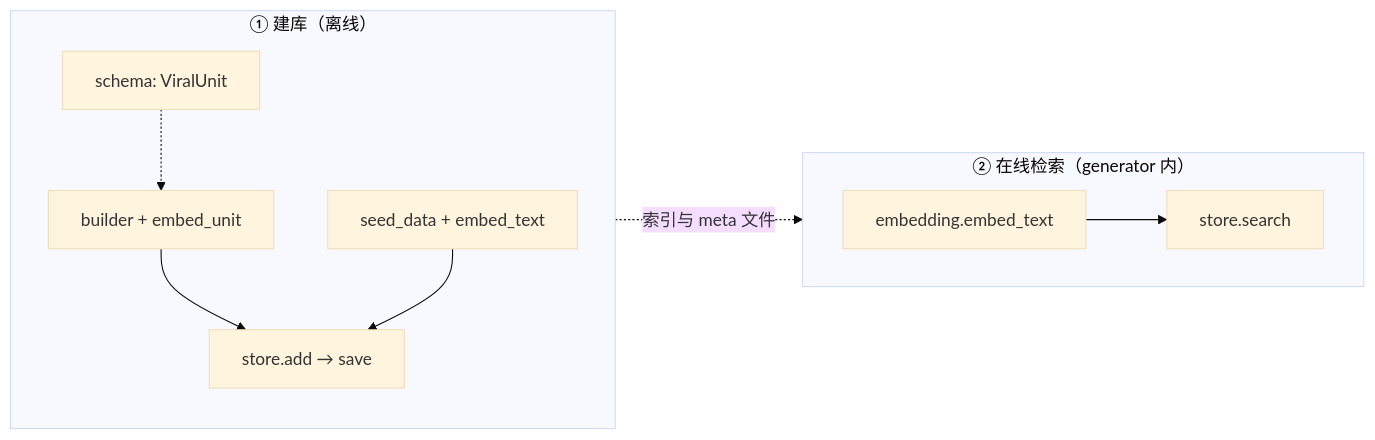
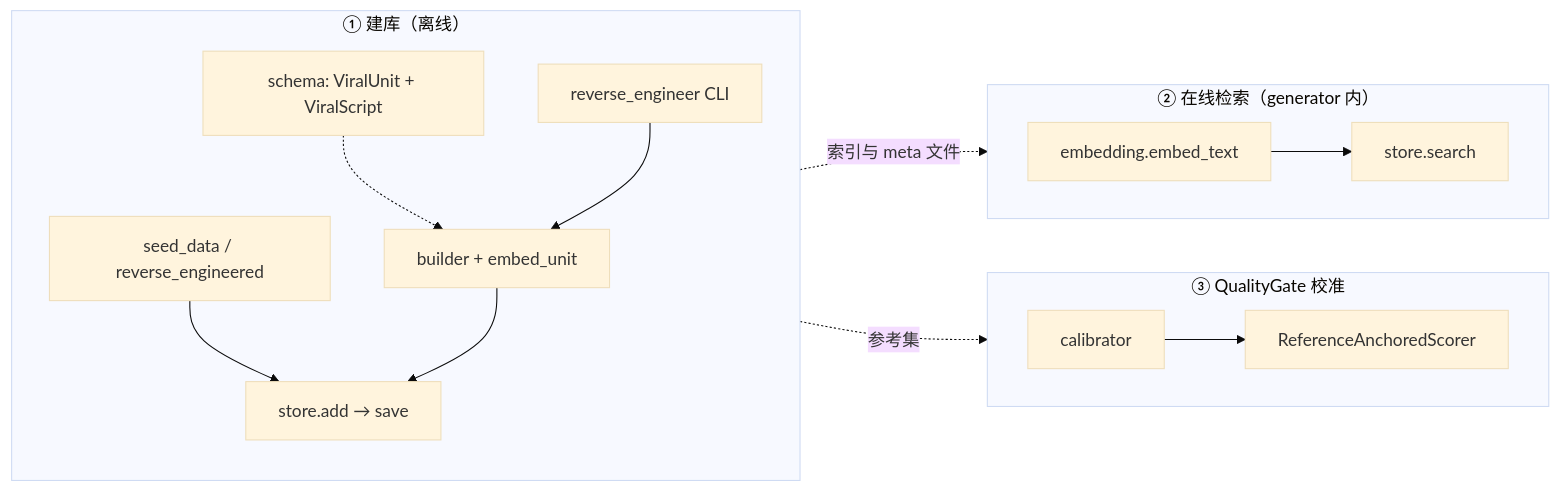
Before and after one commit to ArlesZhang/FlowBeast-Agent: the third of 3 diagrams in FlowBeast/README.md, drawn with Mermaid (base theme). The commit also changed other lines of this file and 1 other file, not shown here.

First line of the commit message:
docs: update CLAUDE.md and README.md for 1→0 reverse deconstruction engine

````diff
--- a/FlowBeast/README.md
+++ b/FlowBeast/README.md
@@ -178,22 +178,32 @@
 ```mermaid
 flowchart LR
   subgraph WRITE["① 建库（离线）"]
     direction TB
-    SCH[schema: ViralUnit]
+    SCH[schema: ViralUnit + ViralScript]
     BLD[builder + embed_unit]
-    SEED[seed_data + embed_text]
+    SEED[seed_data / reverse_engineered]
+    REV[reverse_engineer CLI]
     STW[store.add → save]
     SCH -.-> BLD
+    REV --> BLD
+    SEED --> STW
     BLD --> STW
-    SEED --> STW
   end
 
   subgraph READ["② 在线检索（generator 内）"]
     direction LR
     EMB[embedding.embed_text]
     SRH[store.search]
     EMB --> SRH
   end
 
+  subgraph CAL["③ QualityGate 校准"]
+    direction LR
+    CLB[calibrator]
+    RAS[ReferenceAnchoredScorer]
+    CLB --> RAS
+  end
+
   WRITE -.->|索引与 meta 文件| READ
+  WRITE -.->|参考集| CAL
 ```
````
